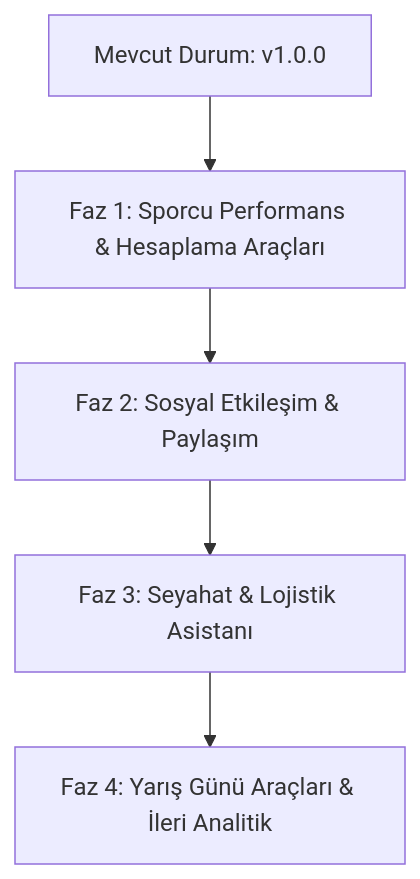
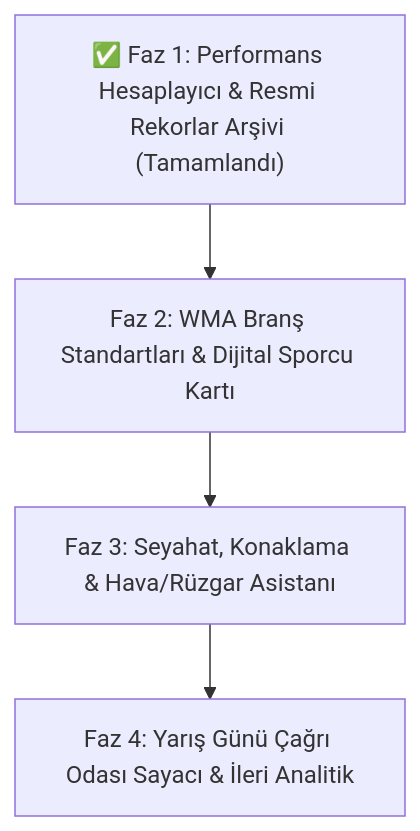
One commit to KronosEcil/master-racer changed the diagram in ROADMAP.md. Above: the diagram before and after it, drawn with Mermaid. The commit also changed other lines of this file, not shown here.

Commit message:
ROADMAP.md guncellendi: Uygulamadaki son durum maddelendi ve yeni fikirler eklendi

````diff
--- a/ROADMAP.md
+++ b/ROADMAP.md
@@ -19,7 +47,6 @@
 ```mermaid
 flowchart TD
-    A["Mevcut Durum: v1.0.0"] --> B["Faz 1: Sporcu Performans & Hesaplama Araçları"]
-    B --> C["Faz 2: Sosyal Etkileşim & Paylaşım"]
-    C --> D["Faz 3: Seyahat & Lojistik Asistanı"]
-    D --> E["Faz 4: Yarış Günü Araçları & İleri Analitik"]
+    A["✅ Faz 1: Performans Hesaplayıcı & Resmi Rekorlar Arşivi (Tamamlandı)"] --> B["Faz 2: WMA Branş Standartları & Dijital Sporcu Kartı"]
+    B --> C["Faz 3: Seyahat, Konaklama & Hava/Rüzgar Asistanı"]
+    C --> D["Faz 4: Yarış Günü Çağrı Odası Sayacı & İleri Analitik"]
 ```
````
